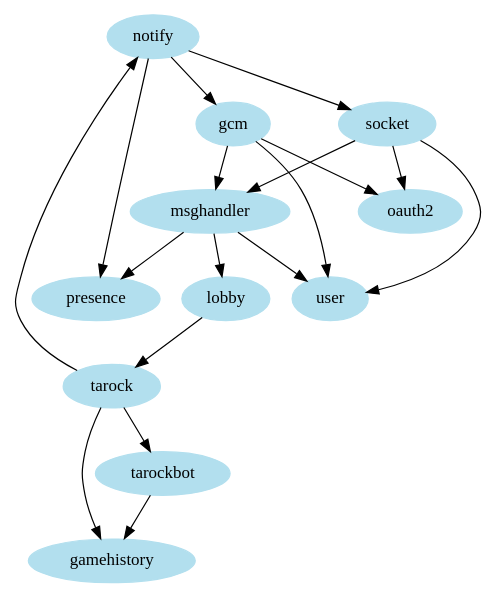
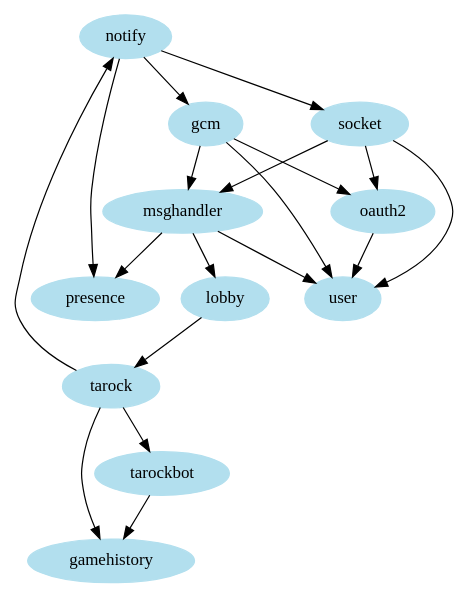
Before and after one commit to opentarock/server: the diagram in services.dot, drawn with Graphviz. The commit also changed 1 other file, not shown here.

Commit message:
Updated services graph.

```diff
--- a/services.dot
+++ b/services.dot
@@ -1,21 +1,22 @@
 digraph unix {
 	size="6,6";
 	node [color=lightblue2, style=filled, shape=ellipse];
 	"notify" -> "gcm";
 	"notify" -> "socket";
 	"msghandler" -> "lobby";
     "gcm" -> "msghandler";
     "socket" -> "msghandler";
     "lobby" -> "tarock";
     "tarock" -> "notify";
     "tarock" -> "tarockbot";
     "tarock" -> "gamehistory";
     "tarockbot" -> "gamehistory";
     "notify" -> "presence";
     "msghandler" -> "presence";
     "gcm" -> "oauth2";
     "socket" -> "oauth2";
     "gcm" -> "user";
     "socket" -> "user";
     "msghandler" -> "user";
+    "oauth2" -> "user";
 }
```
